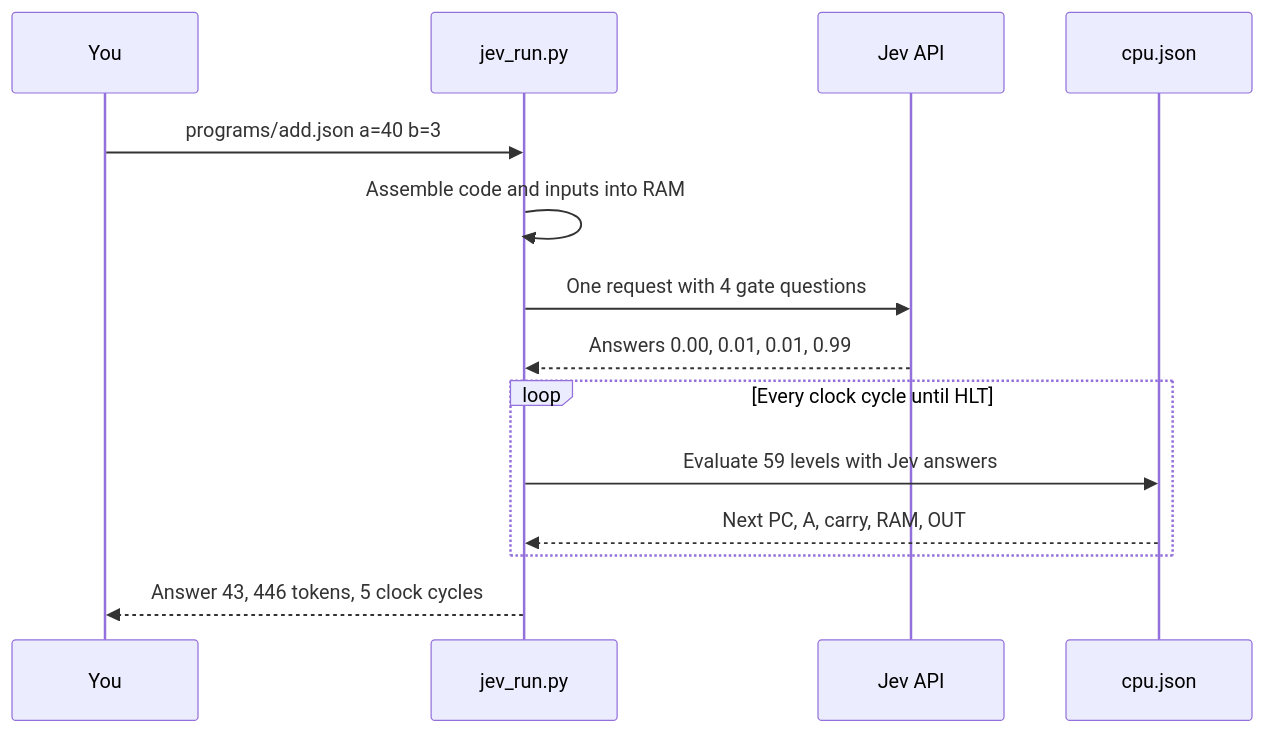
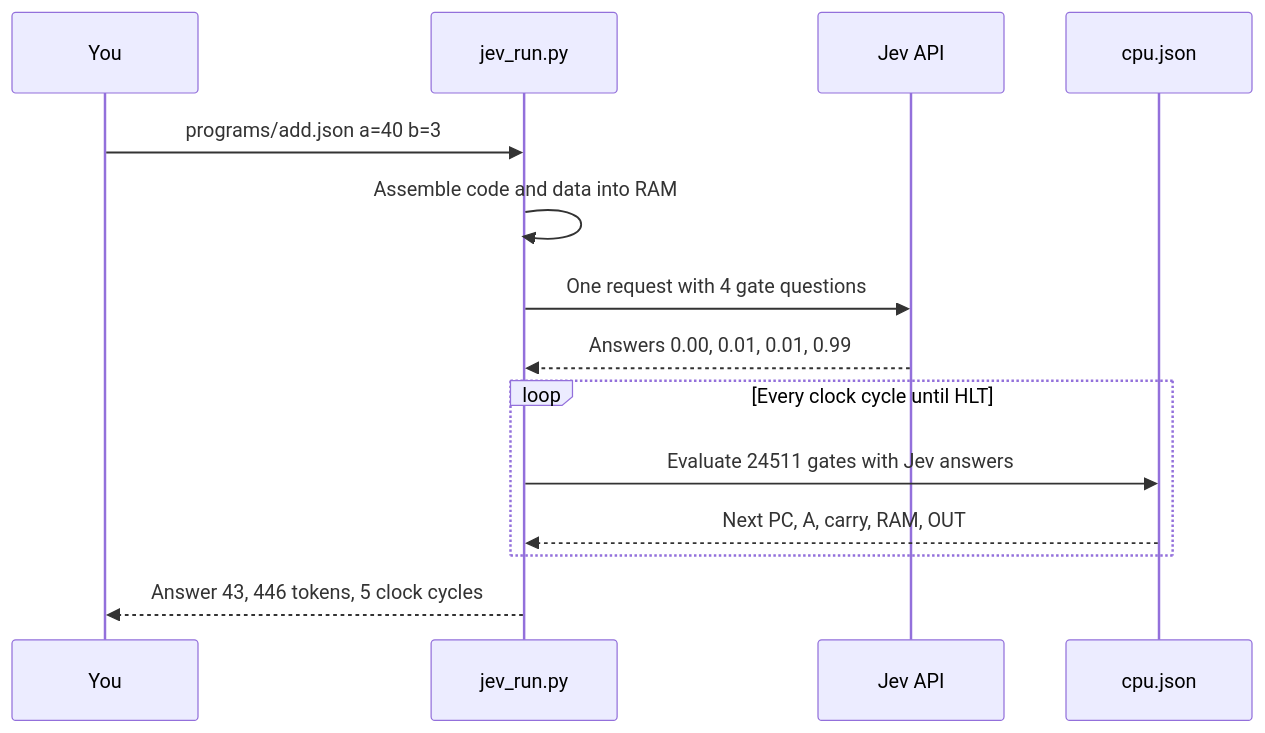
One commit to RiwRiwara/jev-computer changed the third of 3 diagrams in README.md. Above: the diagram before and after it, drawn with Mermaid. The commit also changed other lines of this file and 19 other files, not shown here.

````diff
--- a/README.md
+++ b/README.md
@@ -170,16 +180,16 @@
 ```mermaid
 sequenceDiagram
     participant U as You
     participant R as jev_run.py
     participant J as Jev API
     participant C as cpu.json
     U->>R: programs/add.json a=40 b=3
-    R->>R: Assemble code and inputs into RAM
+    R->>R: Assemble code and data into RAM
     R->>J: One request with 4 gate questions
     J-->>R: Answers 0.00, 0.01, 0.01, 0.99
     loop Every clock cycle until HLT
-        R->>C: Evaluate 59 levels with Jev answers
+        R->>C: Evaluate 24511 gates with Jev answers
         C-->>R: Next PC, A, carry, RAM, OUT
     end
     R-->>U: Answer 43, 446 tokens, 5 clock cycles
 ```
````
